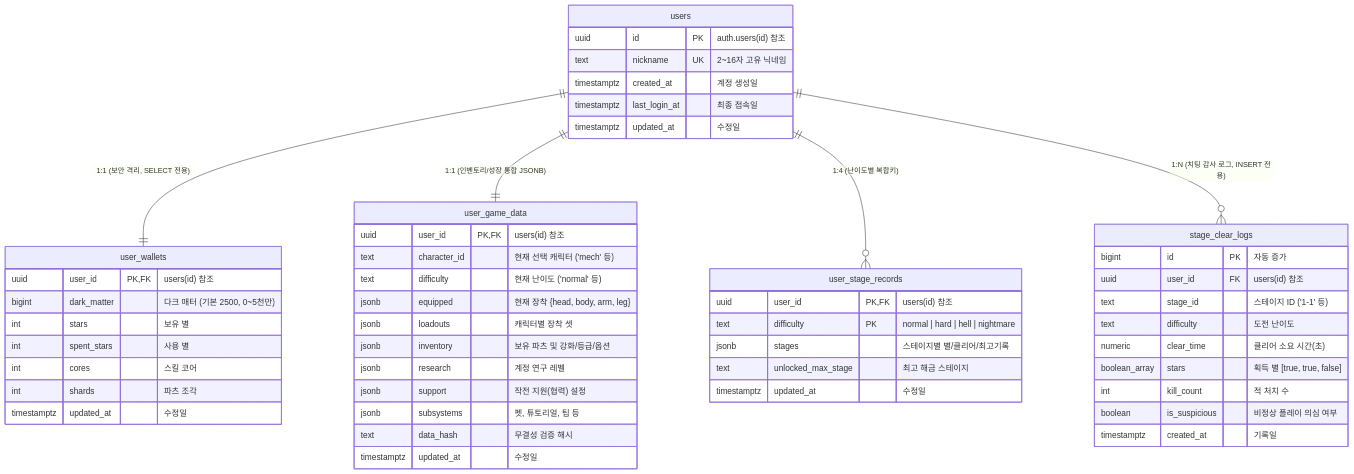
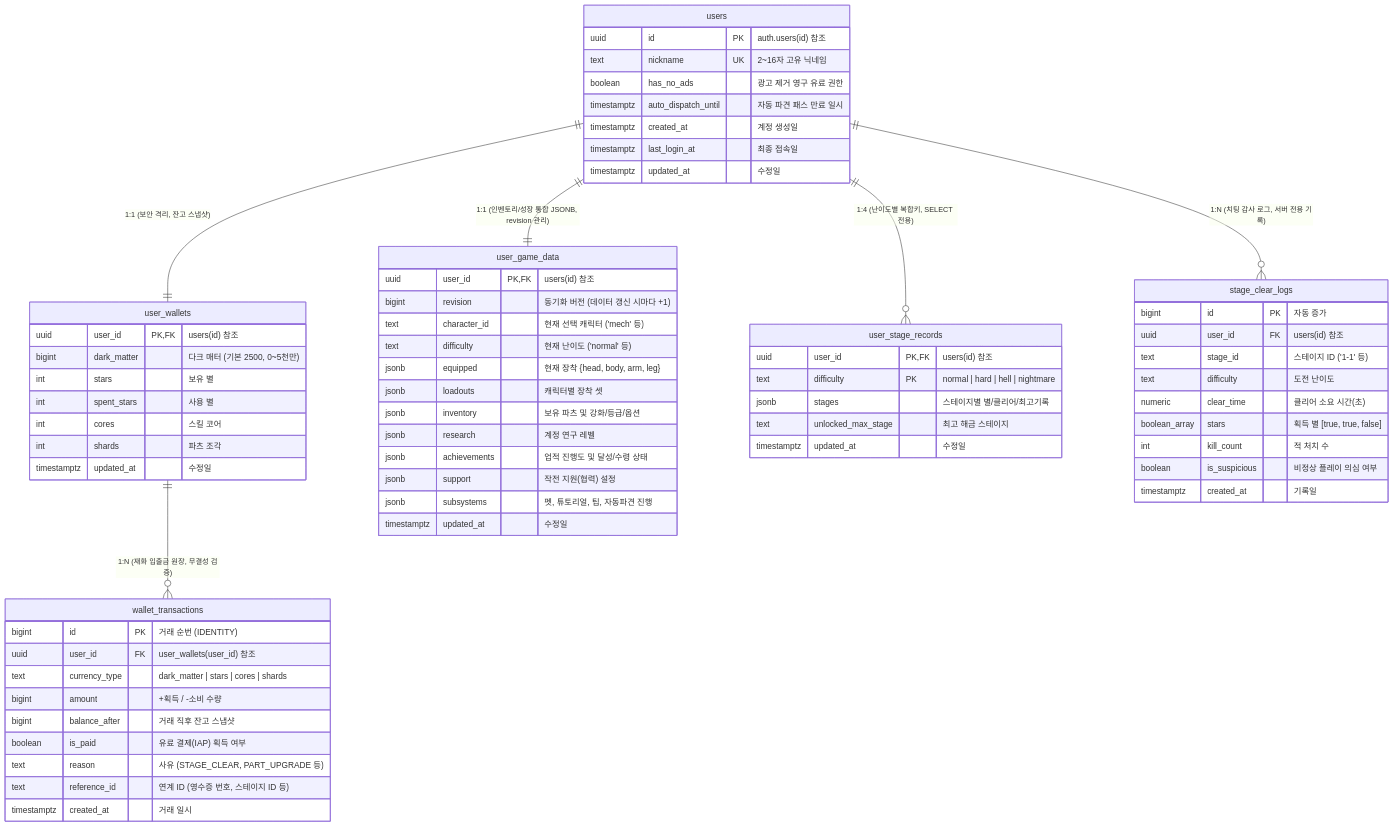
One commit to DDD-Madoverlord/selfmovegame changed the diagram in MD/설계_테이블.md. Above: the diagram before and after it, drawn with Mermaid. The commit also changed other lines of this file and 4 other files, not shown here.

````diff
--- a/MD/설계_테이블.md
+++ b/MD/설계_테이블.md
@@ -27,59 +37,75 @@
 ```mermaid
 erDiagram
-    users ||--|| user_wallets : "1:1 (보안 격리, SELECT 전용)"
-    users ||--|| user_game_data : "1:1 (인벤토리/성장 통합 JSONB)"
-    users ||--o{ user_stage_records : "1:4 (난이도별 복합키)"
-    users ||--o{ stage_clear_logs : "1:N (치팅 감사 로그, INSERT 전용)"
+    users ||--|| user_wallets : "1:1 (보안 격리, 잔고 스냅샷)"
+    users ||--|| user_game_data : "1:1 (인벤토리/성장 통합 JSONB, revision 관리)"
+    users ||--o{ user_stage_records : "1:4 (난이도별 복합키, SELECT 전용)"
+    users ||--o{ stage_clear_logs : "1:N (치팅 감사 로그, 서버 전용 기록)"
+    user_wallets ||--o{ wallet_transactions : "1:N (재화 입출금 원장, 무결성 검증)"
 
     users {
         uuid id PK "auth.users(id) 참조"
         text nickname UK "2~16자 고유 닉네임"
+        boolean has_no_ads "광고 제거 영구 유료 권한"
+        timestamptz auto_dispatch_until "자동 파견 패스 만료 일시"
         timestamptz created_at "계정 생성일"
         timestamptz last_login_at "최종 접속일"
         timestamptz updated_at "수정일"
     }
 
     user_wallets {
         uuid user_id PK,FK "users(id) 참조"
         bigint dark_matter "다크 매터 (기본 2500, 0~5천만)"
         int stars "보유 별"
         int spent_stars "사용 별"
         int cores "스킬 코어"
         int shards "파츠 조각"
         timestamptz updated_at "수정일"
     }
 
+    wallet_transactions {
+        bigint id PK "거래 순번 (IDENTITY)"
+        uuid user_id FK "user_wallets(user_id) 참조"
+        text currency_type "dark_matter | stars | cores | shards"
+        bigint amount "+획득 / -소비 수량"
+        bigint balance_after "거래 직후 잔고 스냅샷"
+        boolean is_paid "유료 결제(IAP) 획득 여부"
+        text reason "사유 (STAGE_CLEAR, PART_UPGRADE 등)"
+        text reference_id "연계 ID (영수증 번호, 스테이지 ID 등)"
+        timestamptz created_at "거래 일시"
+    }
+
     user_game_data {
         uuid user_id PK,FK "users(id) 참조"
+        bigint revision "동기화 버전 (데이터 갱신 시마다 +1)"
         text character_id "현재 선택 캐릭터 ('mech' 등)"
         text difficulty "현재 난이도 ('normal' 등)"
         jsonb equipped "현재 장착 {head, body, arm, leg}"
         jsonb loadouts "캐릭터별 장착 셋"
         jsonb inventory "보유 파츠 및 강화/등급/옵션"
         jsonb research "계정 연구 레벨"
+        jsonb achievements "업적 진행도 및 달성/수령 상태"
         jsonb support "작전 지원(협력) 설정"
-        jsonb subsystems "펫, 튜토리얼, 팁 등"
-        text data_hash "무결성 검증 해시"
+        jsonb subsystems "펫, 튜토리얼, 팁, 자동파견 진행"
         timestamptz updated_at "수정일"
     }
 
     user_stage_records {
         uuid user_id PK,FK "users(id) 참조"
         text difficulty PK "normal | hard | hell | nightmare"
         jsonb stages "스테이지별 별/클리어/최고기록"
         text unlocked_max_stage "최고 해금 스테이지"
         timestamptz updated_at "수정일"
     }
 
     stage_clear_logs {
         bigint id PK "자동 증가"
         uuid user_id FK "users(id) 참조"
         text stage_id "스테이지 ID ('1-1' 등)"
         text difficulty "도전 난이도"
         numeric clear_time "클리어 소요 시간(초)"
         boolean_array stars "획득 별 [true, true, false]"
         int kill_count "적 처치 수"
         boolean is_suspicious "비정상 플레이 의심 여부"
         timestamptz created_at "기록일"
     }
 ```
````
